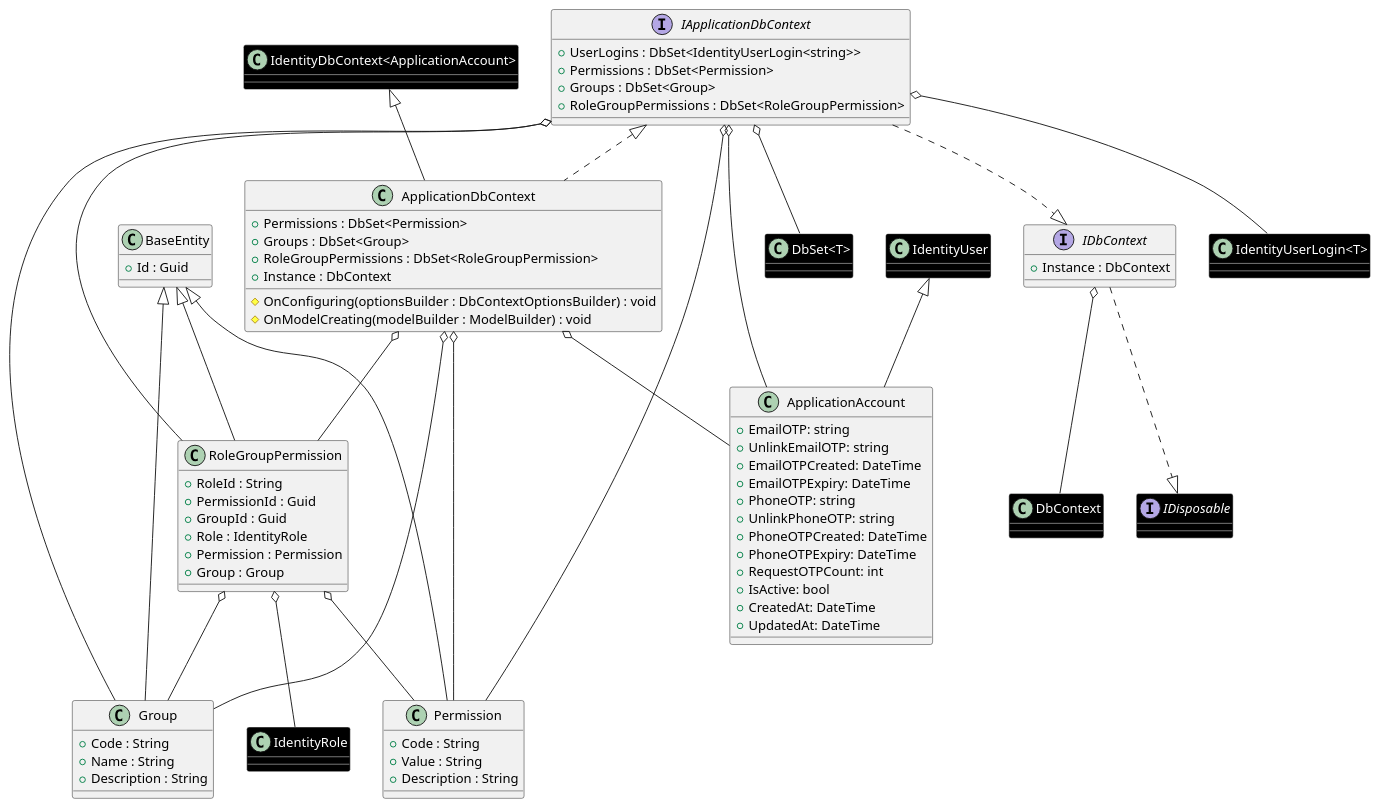
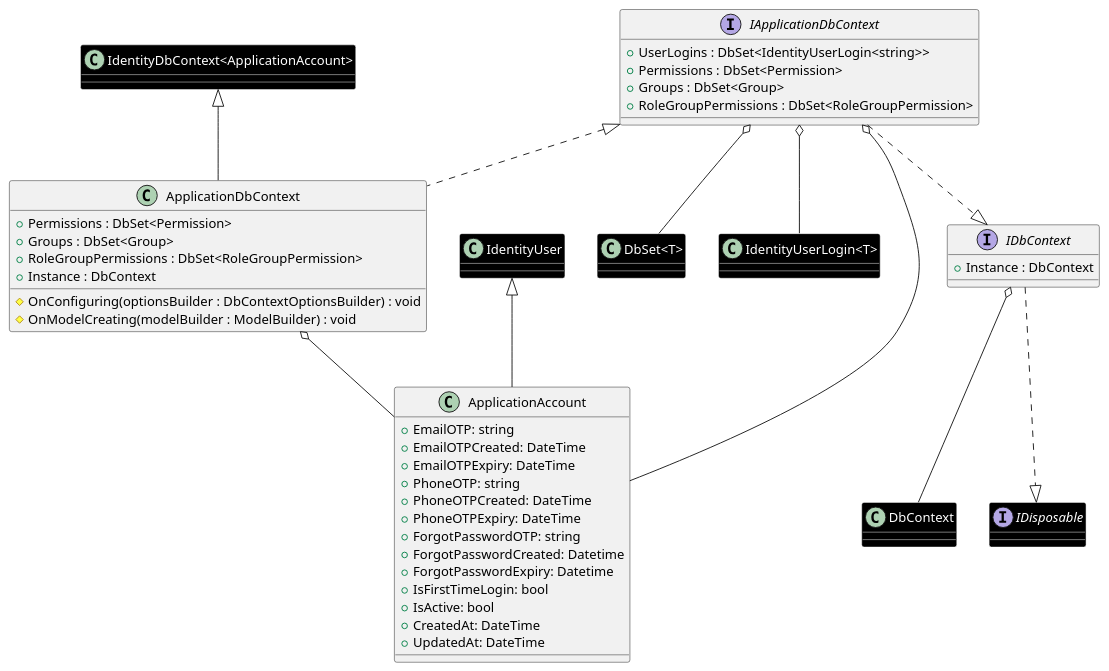
Before and after one commit to Carl-Johnsons/tastopia: the diagram in doc/SDS/CommonClassDiagram/Account/AccountDbContext.plantuml, drawn with PlantUML. The commit also changed 60 other files, not shown here.

Commit message:
doc: complete identity class diagram and sequence diagram

```diff
--- a/doc/SDS/CommonClassDiagram/Account/AccountDbContext.plantuml
+++ b/doc/SDS/CommonClassDiagram/Account/AccountDbContext.plantuml
@@ -1,92 +1,58 @@
 @startuml AccountDbContext
 
 together {
     interface IApplicationDbContext {
         +UserLogins : DbSet<IdentityUserLogin<string>>
         +Permissions : DbSet<Permission>
         +Groups : DbSet<Group>
         +RoleGroupPermissions : DbSet<RoleGroupPermission>
     }
 
     interface IDbContext {
         +Instance : DbContext
     }
     ' ========= Entity class =========
-    class BaseEntity {
-        +Id : Guid
-    }
-
     class ApplicationAccount extends IdentityUser {
         +EmailOTP: string
-        +UnlinkEmailOTP: string
         +EmailOTPCreated: DateTime
         +EmailOTPExpiry: DateTime
         +PhoneOTP: string
-        +UnlinkPhoneOTP: string
         +PhoneOTPCreated: DateTime
         +PhoneOTPExpiry: DateTime
-        +RequestOTPCount: int
+        +ForgotPasswordOTP: string
+        +ForgotPasswordCreated: Datetime
+        +ForgotPasswordExpiry: Datetime
+        +IsFirstTimeLogin: bool
         +IsActive: bool
         +CreatedAt: DateTime
         +UpdatedAt: DateTime
     }
-
-    class Permission extends BaseEntity {
-        +Code : String
-        +Value : String
-        +Description : String
-    }
-    class Group extends BaseEntity {
-        +Code : String
-        +Name : String
-        +Description : String
-    }
-
-    class RoleGroupPermission extends BaseEntity {
-        +RoleId : String
-        +PermissionId : Guid
-        +GroupId : Guid
-        +Role : IdentityRole
-        +Permission : Permission
-        +Group : Group
-    }
-
     ' ========= Library class =========
     interface IDisposable #black;line:white;text:white
     class "DbSet<T>" #black;line:white;text:white
     class "IdentityUserLogin<T>" #black;line:white;text:white
-    class IdentityRole #black;line:white;text:white
     class DbContext #black;line:white;text:white
     class IdentityUser #black;line:white;text:white
     class "IdentityDbContext<ApplicationAccount>" #black;line:white;text:white
 
     class ApplicationDbContext extends "IdentityDbContext<ApplicationAccount>" implements IApplicationDbContext {
         +Permissions : DbSet<Permission>
         +Groups : DbSet<Group>
         +RoleGroupPermissions : DbSet<RoleGroupPermission>
         +Instance : DbContext
         #OnConfiguring(optionsBuilder : DbContextOptionsBuilder) : void
         #OnModelCreating(modelBuilder : ModelBuilder) : void
     }
 }
 
 IDbContext ..|> IDisposable
 IDbContext o-- DbContext
 
 IApplicationDbContext ..|> IDbContext
 IApplicationDbContext o-- "DbSet<T>"
 IApplicationDbContext o-- "IdentityUserLogin<T>"
 IApplicationDbContext o-- ApplicationAccount
-IApplicationDbContext o-- Permission
-IApplicationDbContext o-- Group
-IApplicationDbContext o-- RoleGroupPermission
 
 ApplicationDbContext o-- ApplicationAccount
-ApplicationDbContext o-- Permission
-ApplicationDbContext o-- Group
-ApplicationDbContext o-- RoleGroupPermission
 
-RoleGroupPermission o-- IdentityRole
-RoleGroupPermission o-- Permission
-RoleGroupPermission o-- Group
 @enduml
```
